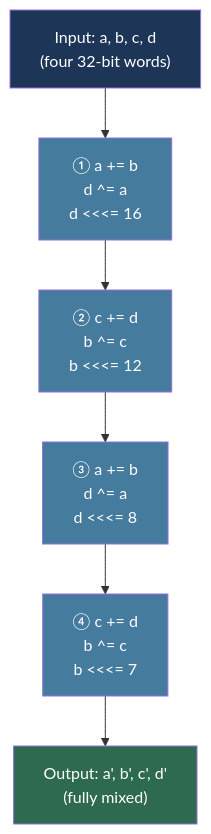
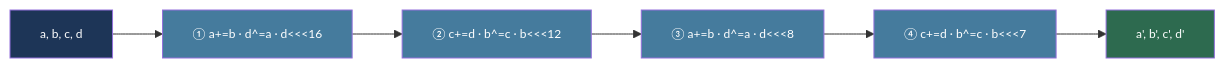
Diagram 11 of 13 in book/chapters/07_randomness_and_stream_ciphers.md (HusseinYounis/cryptography-book), drawn with Mermaid before and after one commit. The commit also changed other lines of this file and 7 other files, not shown here.

````diff
--- a/book/chapters/07_randomness_and_stream_ciphers.md
+++ b/book/chapters/07_randomness_and_stream_ciphers.md
@@ -782,20 +925,19 @@
 ```{mermaid}
-flowchart TD
-    INPUT["Input: a, b, c, d<br/>(four 32-bit words)"]
-
-    R1["① a += b<br/>   d ^= a<br/>   d &lt;&lt;&lt;= 16"]
-    R2["② c += d<br/>   b ^= c<br/>   b &lt;&lt;&lt;= 12"]
-    R3["③ a += b<br/>   d ^= a<br/>   d &lt;&lt;&lt;= 8"]
-    R4["④ c += d<br/>   b ^= c<br/>   b &lt;&lt;&lt;= 7"]
-
-    OUTPUT["Output: a', b', c', d'<br/>(fully mixed)"]
+%%{init: {'themeVariables': {'fontSize': '12px', 'nodeSpacing': 30, 'rankSpacing': 30}}}%%
+flowchart LR
+    INPUT["a, b, c, d"]
+    R1["① a+=b · d^=a · d&lt;&lt;&lt;16"]
+    R2["② c+=d · b^=c · b&lt;&lt;&lt;12"]
+    R3["③ a+=b · d^=a · d&lt;&lt;&lt;8"]
+    R4["④ c+=d · b^=c · b&lt;&lt;&lt;7"]
+    OUTPUT["a', b', c', d'"]
 
     INPUT --> R1 --> R2 --> R3 --> R4 --> OUTPUT
 
     style INPUT fill:#1d3557,color:#fff
     style R1 fill:#457b9d,color:#fff
     style R2 fill:#457b9d,color:#fff
     style R3 fill:#457b9d,color:#fff
     style R4 fill:#457b9d,color:#fff
     style OUTPUT fill:#2d6a4f,color:#fff
 ```
````
